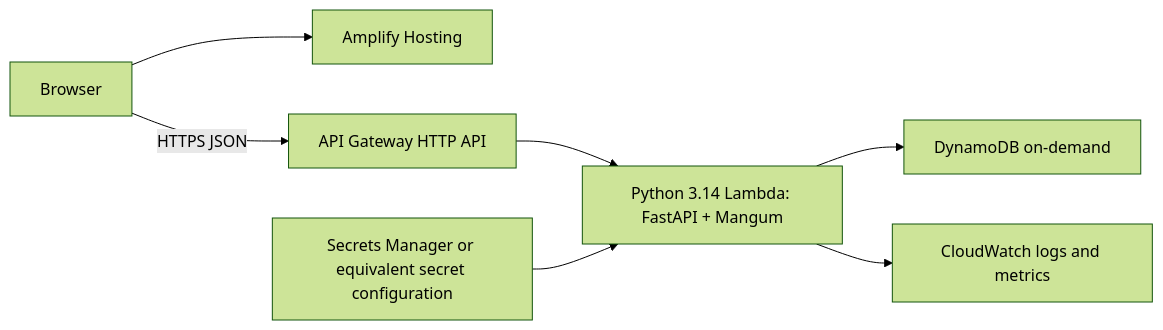
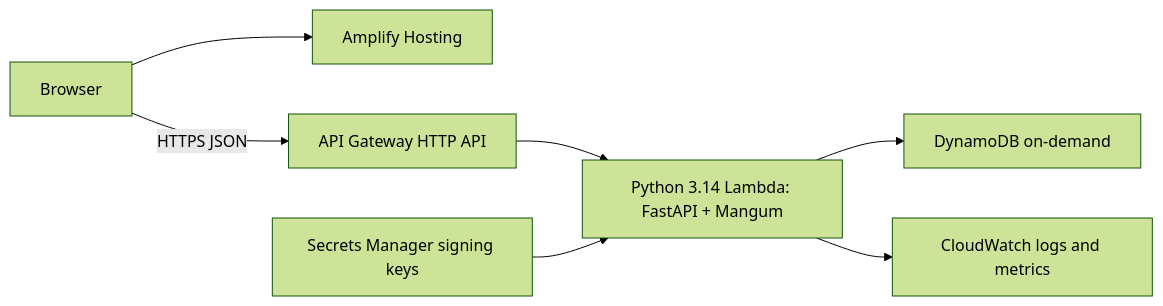
One commit to xiolest1/HireFlux changed the fourth of 4 diagrams in ARCHITECTURE.md. Above: the diagram before and after it, drawn with Mermaid (forest theme). The commit also changed other lines of this file and 33 other files, not shown here.

Commit message:
3D: API + Lambda + IAM + Secrets foundation setup

````diff
--- a/ARCHITECTURE.md
+++ b/ARCHITECTURE.md
@@ -409,9 +452,9 @@
 ```mermaid
 flowchart LR
     Browser["Browser"] --> Amplify["Amplify Hosting"]
     Browser -->|"HTTPS JSON"| APIGW["API Gateway HTTP API"]
     APIGW --> Lambda["Python 3.14 Lambda: FastAPI + Mangum"]
     Lambda --> DynamoDB["DynamoDB on-demand"]
     Lambda --> CloudWatch["CloudWatch logs and metrics"]
-    Secrets["Secrets Manager or equivalent secret configuration"] --> Lambda
+    Secrets["Secrets Manager signing keys"] --> Lambda
 ```
````
